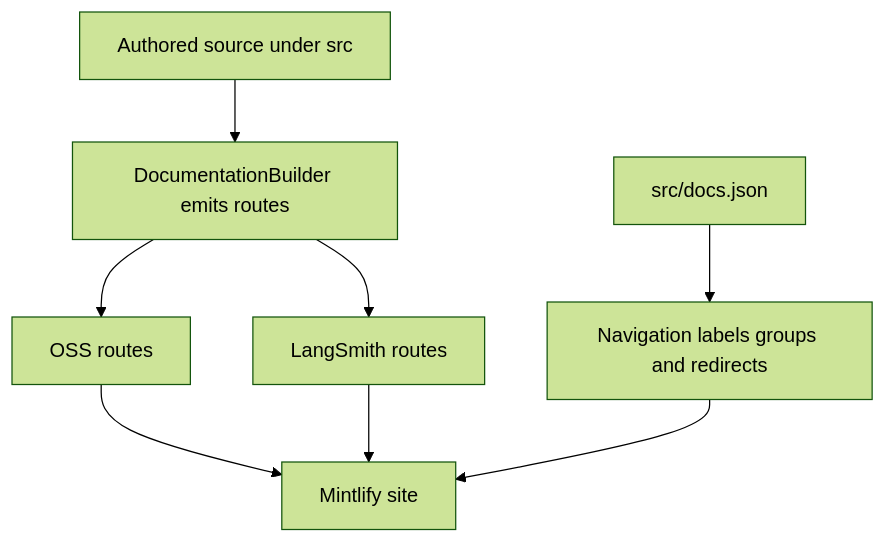
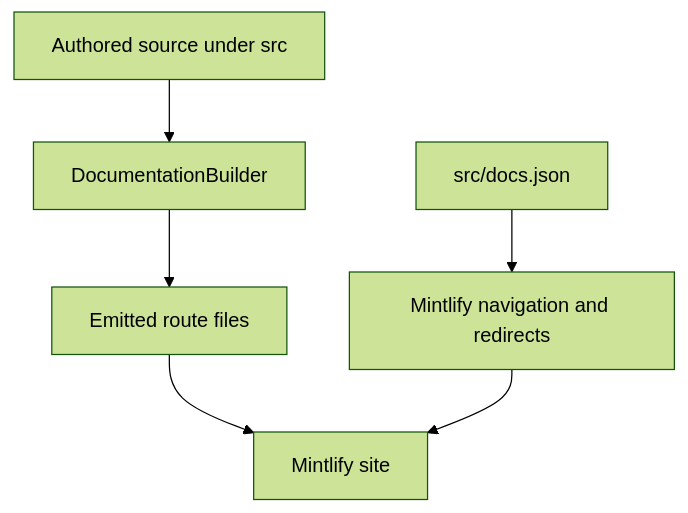
Before and after one commit to langchain-ai/docs: the diagram in openwiki/architecture/source-map.md, drawn with Mermaid (forest theme). The commit also changed other lines of this file and 20 other files, not shown here.

````diff
--- a/openwiki/architecture/source-map.md
+++ b/openwiki/architecture/source-map.md
@@ -41,10 +45,8 @@
 ```mermaid
 flowchart TD
-    Source["Authored source under src"] --> Builder["DocumentationBuilder emits routes"]
-    Builder --> Oss["OSS routes"]
-    Builder --> Langsmith["LangSmith routes"]
-    Oss --> Mintlify["Mintlify site"]
-    Langsmith --> Mintlify
-    Config["src/docs.json"] --> Navigation["Navigation labels groups and redirects"]
-    Navigation --> Mintlify
+    Source["Authored source under src"] --> Builder["DocumentationBuilder"]
+    Builder --> Routes["Emitted route files"]
+    Config["src/docs.json"] --> Navigation["Mintlify navigation and redirects"]
+    Routes --> Site["Mintlify site"]
+    Navigation --> Site
 ```
````
